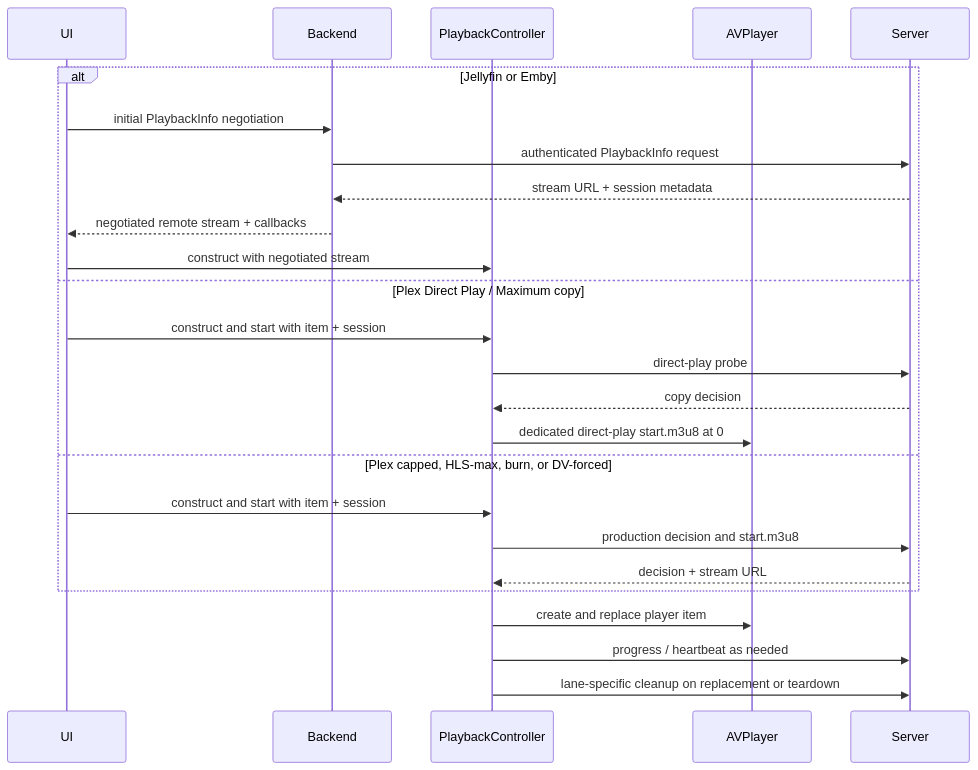
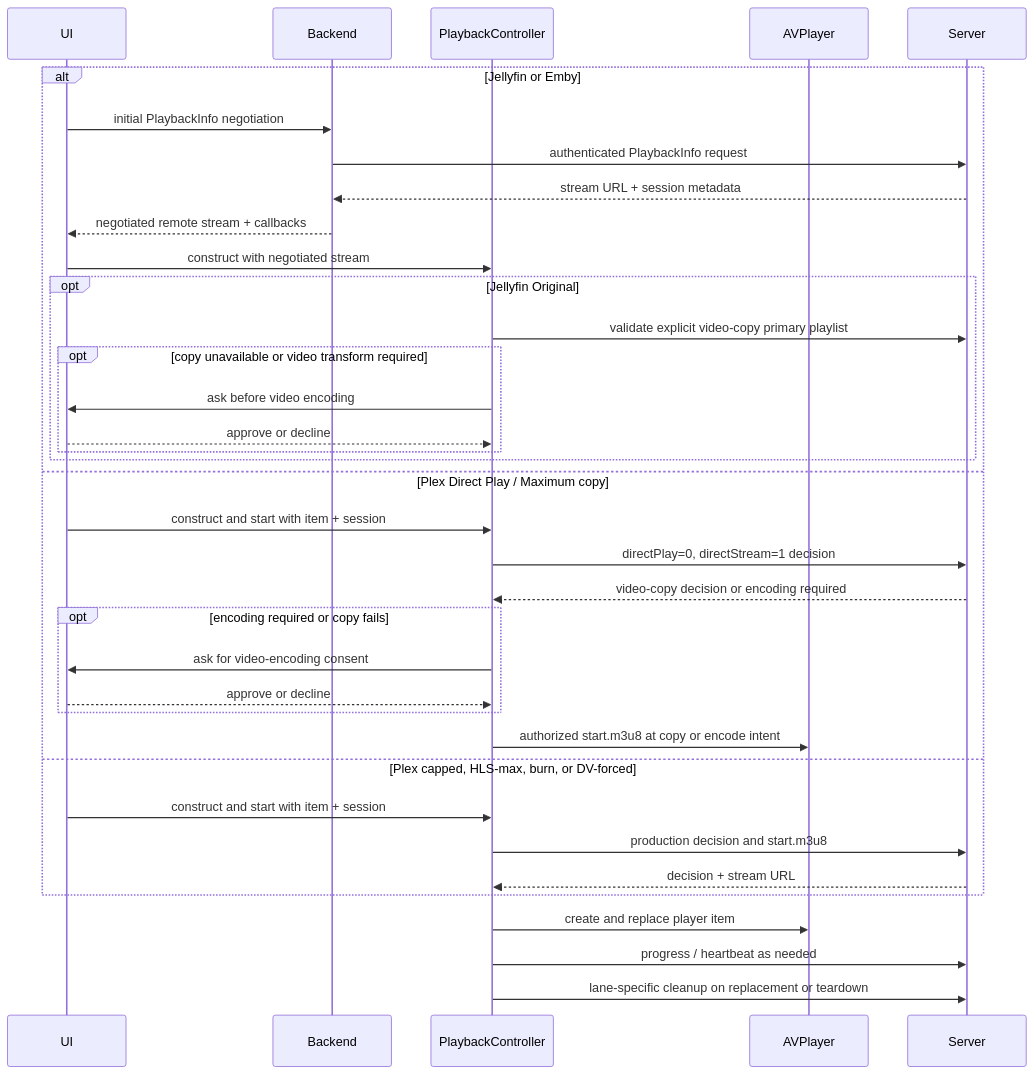
The first of 2 diagrams in docs/PLAYBACK-ARCHITECTURE.md (jlipworth/Labstream), drawn with Mermaid before and after one commit. The commit also changed other lines of this file and 58 other files, not shown here.

````diff
--- a/docs/PLAYBACK-ARCHITECTURE.md
+++ b/docs/PLAYBACK-ARCHITECTURE.md
@@ -21,30 +21,41 @@
 ```mermaid
 sequenceDiagram
   accTitle: Backend playback startup
-  accDescr: Jellyfin and Emby negotiate a stream before constructing the playback controller. Plex either probes a dedicated Direct Play start URL or uses the production universal-transcode decision and start.m3u8. Both lanes then load one app-owned AVPlayer and retain lane-specific progress and cleanup.
+  accDescr: Jellyfin and Emby negotiate a stream before constructing the playback controller. Plex and Jellyfin validate video-copy HLS for Original and ask before falling back to video encoding; explicit transcoded qualities authorize encoding. Both lanes then load one app-owned AVPlayer and retain lane-specific progress and cleanup.
   participant UI
   participant Backend
   participant PC as PlaybackController
   participant AV as AVPlayer
   participant Server
 
   alt Jellyfin or Emby
     UI->>Backend: initial PlaybackInfo negotiation
     Backend->>Server: authenticated PlaybackInfo request
     Server-->>Backend: stream URL + session metadata
     Backend-->>UI: negotiated remote stream + callbacks
     UI->>PC: construct with negotiated stream
+    opt Jellyfin Original
+      PC->>Server: validate explicit video-copy primary playlist
+      opt copy unavailable or video transform required
+        PC->>UI: ask before video encoding
+        UI-->>PC: approve or decline
+      end
+    end
   else Plex Direct Play / Maximum copy
     UI->>PC: construct and start with item + session
-    PC->>Server: direct-play probe
-    Server-->>PC: copy decision
-    PC->>AV: dedicated direct-play start.m3u8 at 0
+    PC->>Server: directPlay=0, directStream=1 decision
+    Server-->>PC: video-copy decision or encoding required
+    opt encoding required or copy fails
+      PC->>UI: ask for video-encoding consent
+      UI-->>PC: approve or decline
+    end
+    PC->>AV: authorized start.m3u8 at copy or encode intent
   else Plex capped, HLS-max, burn, or DV-forced
     UI->>PC: construct and start with item + session
     PC->>Server: production decision and start.m3u8
     Server-->>PC: decision + stream URL
   end
   PC->>AV: create and replace player item
   PC->>Server: progress / heartbeat as needed
   PC->>Server: lane-specific cleanup on replacement or teardown
 ```
````
